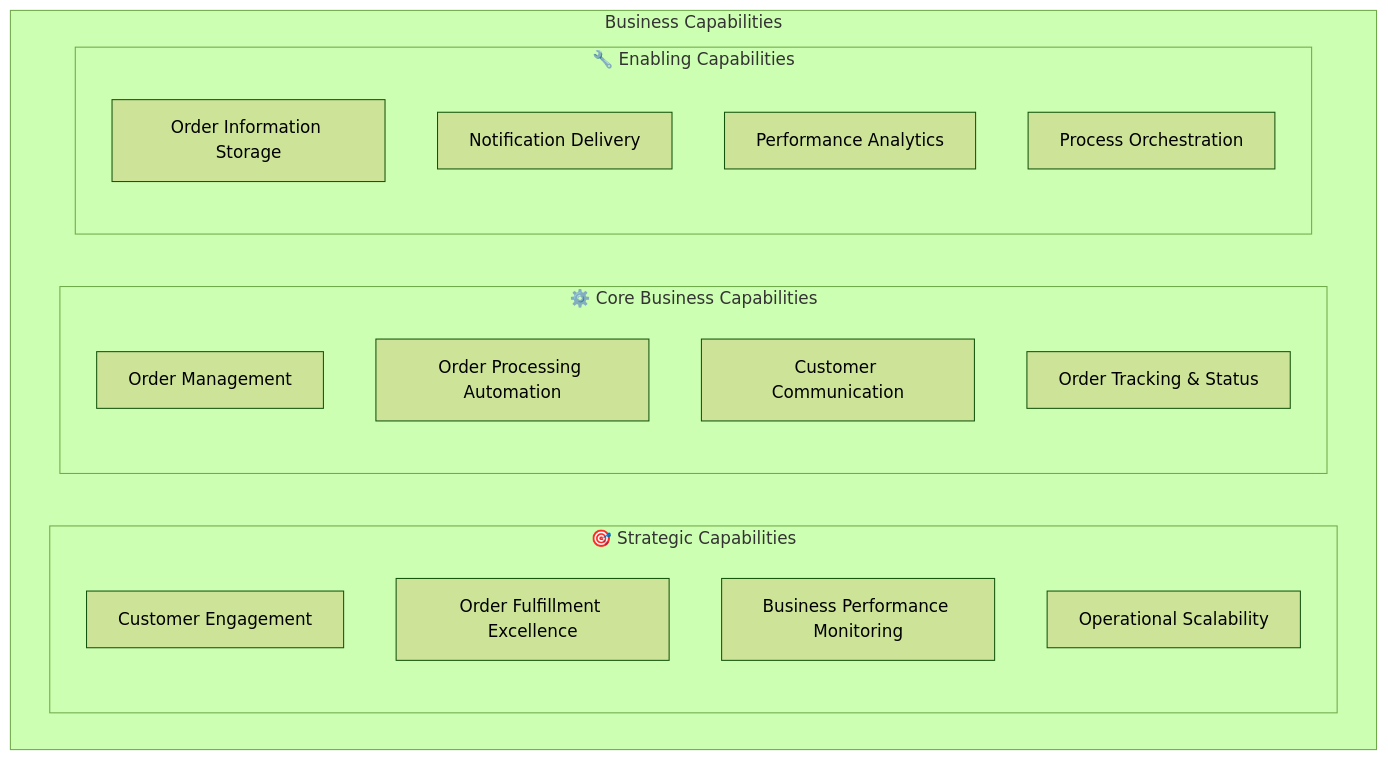
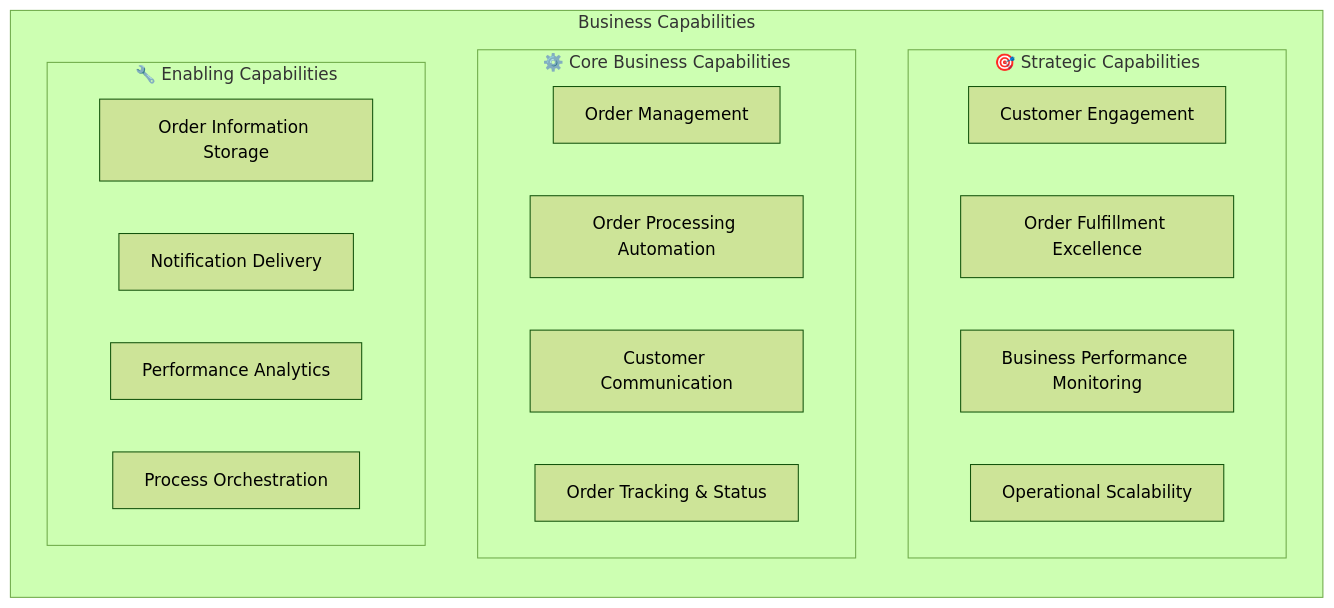
One commit to Evilazaro/Azure-LogicApps-Monitoring changed the first of 8 diagrams in docs/architecture/business-architecture.md. Above: the diagram before and after it, drawn with Mermaid (forest theme).

Commit message:
docs: Remove flowchart direction from Business Capabilities for consistency

````diff
--- a/docs/architecture/business-architecture.md
+++ b/docs/architecture/business-architecture.md
@@ -126,26 +126,25 @@
 ```mermaid
 flowchart BT
     subgraph businesscap["Business Capabilities"]
-        direction LR
         subgraph strategic["🎯 Strategic Capabilities"]
             SC1["Customer Engagement"]
             SC2["Order Fulfillment Excellence"]
             SC3["Business Performance Monitoring"]
             SC4["Operational Scalability"]        
         end
         subgraph core["⚙️ Core Business Capabilities"]
             CC1["Order Management"]
             CC2["Order Processing Automation"]
             CC3["Customer Communication"]
             CC4["Order Tracking & Status"]
         end
         subgraph enabling["🔧 Enabling Capabilities"]
             EC1["Order Information Storage"]
             EC2["Notification Delivery"]
             EC3["Performance Analytics"]
             EC4["Process Orchestration"]
         end      
     end
     
 
 ```
````
